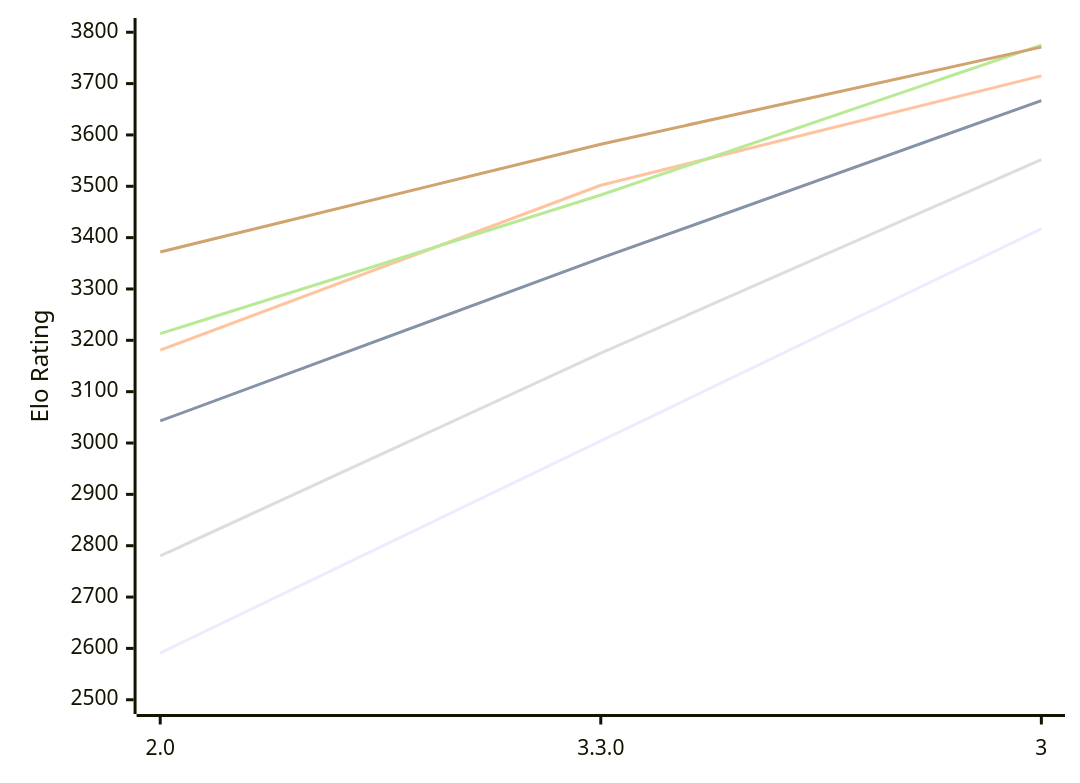
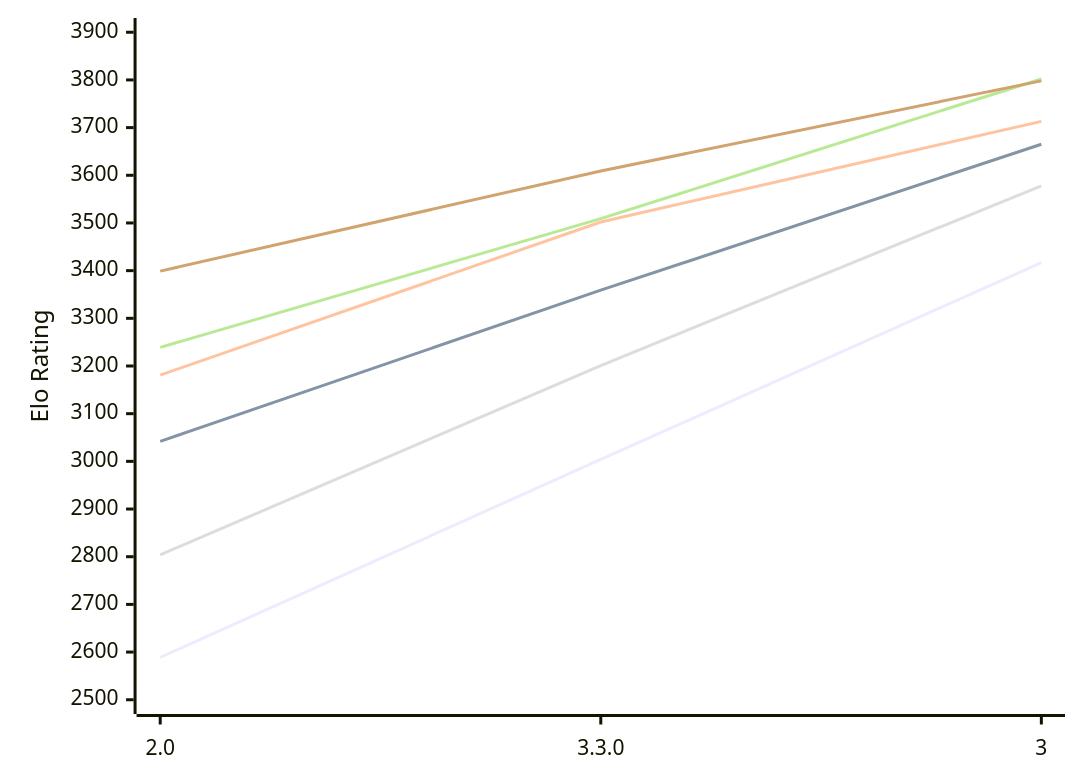
The diagram in engines/Ravager.md (computer-chess-index/cci), drawn with Mermaid before and after one commit. The commit also changed other lines of this file, not shown here.

Commit message:
Update CCI Ratings (ELO VLTC) - 2026-11-04

````diff
--- a/engines/Ravager.md
+++ b/engines/Ravager.md
@@ -51,12 +51,12 @@
 ```mermaid
 %%{init: {"theme":"base","themeVariables":{"seriesColors:['#a3a3a3','#222221','#faa371']}}}%%
 xychart-beta
   x-axis ["2.0", "3.3.0", "3"]
-  y-axis "Elo Rating" 2500 --> 3800
-  line "E1: STC (8.0+0.08s)" [2591, 3004, 3417]
-  line "E1: LTC (60.0+0.60s)" [3043, 3360, 3667]
-  line "E1: VLTC (2m24s+1.12s)" [3181, 3502, 3715]
-  line "P1: STC (8.0+0.08s)" [2780, 3175, 3552]
-  line "P1: LTC (60.0+0.60s)" [3213, 3483, 3775]
-  line "P1: VLTC (2m24s+1.12s)" [3372, 3582, 3771]
+  y-axis "Elo Rating" 2500 --> 3900
+  line "E1: STC (8.0+0.08s)" [2589, 3004, 3417]
+  line "E1: LTC (60.0+0.60s)" [3042, 3359, 3665]
+  line "E1: VLTC (2m24s+1.12s)" [3181, 3502, 3713]
+  line "P1: STC (8.0+0.08s)" [2804, 3201, 3578]
+  line "P1: LTC (60.0+0.60s)" [3239, 3509, 3802]
+  line "P1: VLTC (2m24s+1.12s)" [3399, 3609, 3798]
 ```
````
